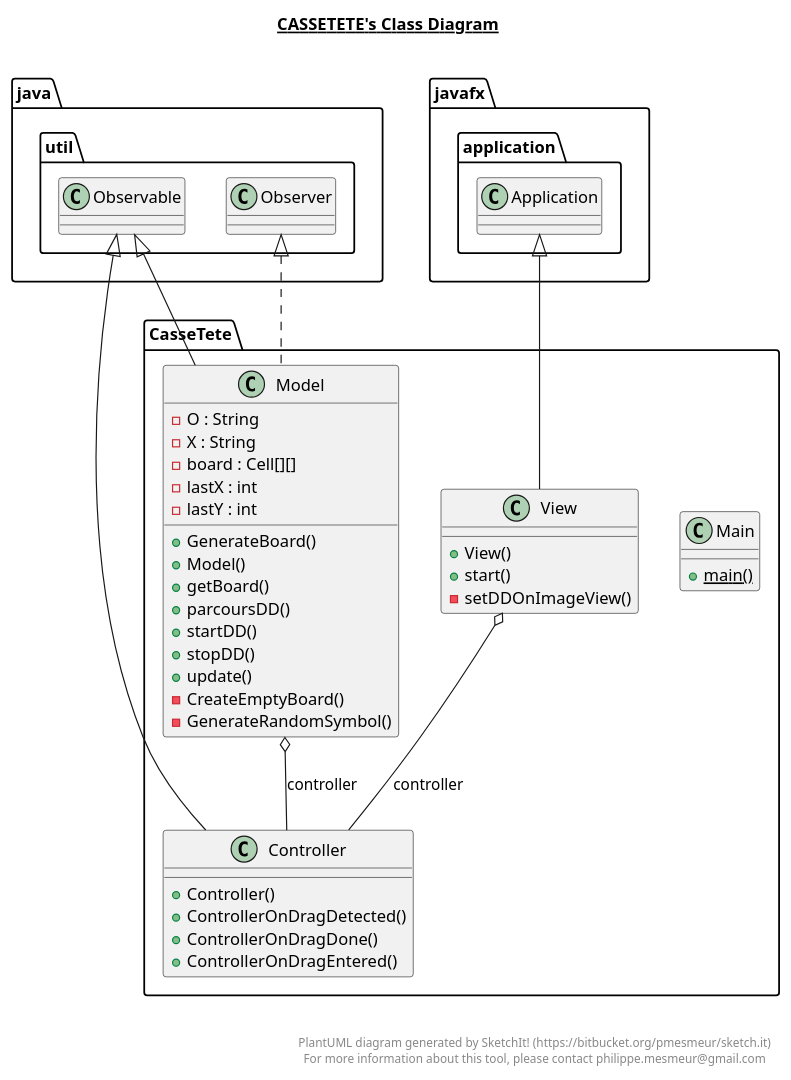
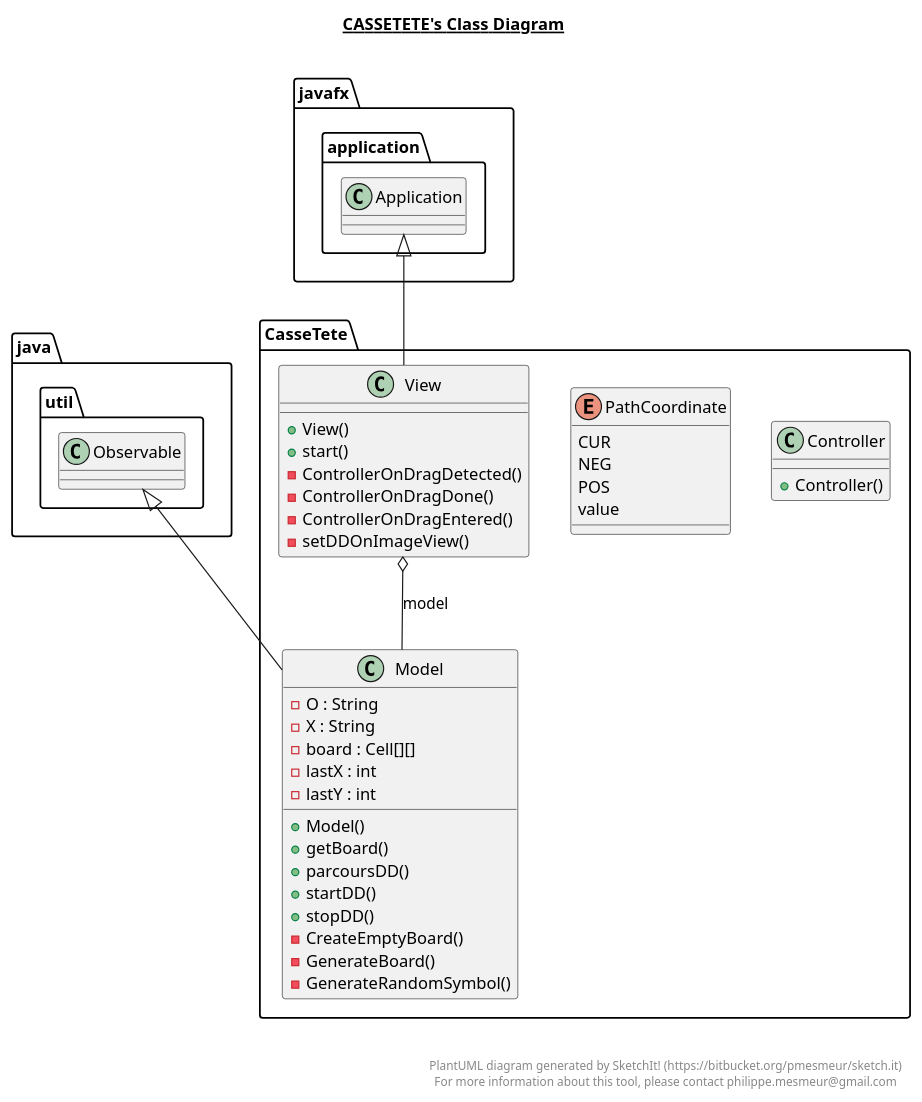
Before and after one commit to Mex21/CasseTete: the diagram in src/CasseTete/CasseTete.plantuml, drawn with PlantUML. The commit also changed 8 other files, not shown here.

Commit message:
Merge branch 'master' of C:\Users\Maxime\IdeaProjects\CasseTete with conflicts.

```diff
--- a/src/CasseTete/CasseTete.plantuml
+++ b/src/CasseTete/CasseTete.plantuml
@@ -1,66 +1,73 @@
 @startuml
 
 title __CASSETETE's Class Diagram__\n
 
-  namespace CasseTete {
-    class CasseTete.Controller {
-        + Controller()
-        + ControllerOnDragDetected()
-        + ControllerOnDragDone()
-        + ControllerOnDragEntered()
+
+    namespace CasseTete {
+      class CasseTete.Controller {
+          + Controller()
+      }
     }
-  }
+
   
 
-  namespace CasseTete {
-    class CasseTete.Main {
-        {static} + main()
+
+    namespace CasseTete {
+      class CasseTete.Model {
+          - O : String
+          - X : String
+          - board : Cell[][]
+          - lastX : int
+          - lastY : int
+          + Model()
+          + getBoard()
+          + parcoursDD()
+          + startDD()
+          + stopDD()
+          - CreateEmptyBoard()
+          - GenerateBoard()
+          - GenerateRandomSymbol()
+      }
     }
-  }
+
   
 
-  namespace CasseTete {
-    class CasseTete.Model {
-        - O : String
-        - X : String
-        - board : Cell[][]
-        - lastX : int
-        - lastY : int
-        + GenerateBoard()
-        + Model()
-        + getBoard()
-        + parcoursDD()
-        + startDD()
-        + stopDD()
-        + update()
-        - CreateEmptyBoard()
-        - GenerateRandomSymbol()
+
+    namespace CasseTete {
+      enum PathCoordinate {
+        CUR
+        NEG
+        POS
+        value
+      }
     }
-  }
+
   
 
-  namespace CasseTete {
-    class CasseTete.View {
-        + View()
-        + start()
-        - setDDOnImageView()
+
+    namespace CasseTete {
+      class CasseTete.View {
+          + View()
+          + start()
+          - ControllerOnDragDetected()
+          - ControllerOnDragDone()
+          - ControllerOnDragEntered()
+          - setDDOnImageView()
+      }
     }
-  }
+
   
 
-  CasseTete.Controller -up-|> java.util.Observable
-  CasseTete.Model .up.|> java.util.Observer
   CasseTete.Model -up-|> java.util.Observable
-  CasseTete.Model o-- CasseTete.Controller : controller
   CasseTete.View -up-|> javafx.application.Application
-  CasseTete.View o-- CasseTete.Controller : controller
+  CasseTete.View o-- CasseTete.Model : model
 
 
 right footer
 
 
 PlantUML diagram generated by SketchIt! (https://bitbucket.org/pmesmeur/sketch.it)
 For more information about this tool, please contact philippe.mesmeur@gmail.com
 endfooter
 
 @enduml
```
